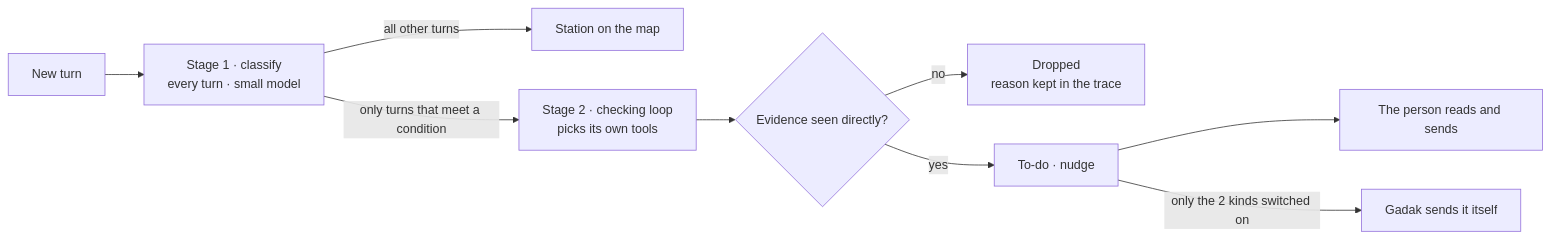
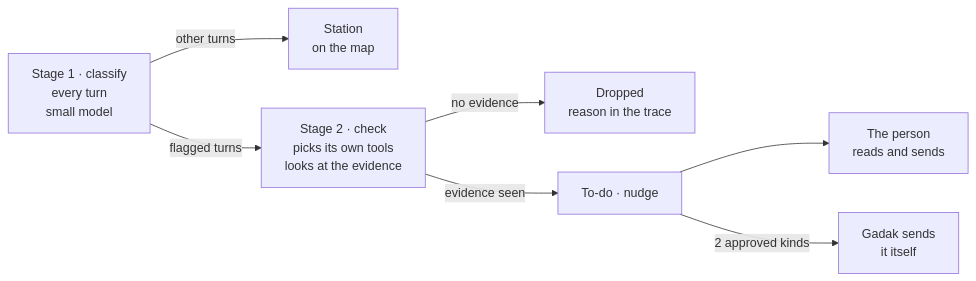
Before and after one commit to Hanhws/AI-agent: the first of 2 diagrams in README.en.md, drawn with Mermaid. The commit also changed other lines of this file and 4 other files, not shown here.

First line of the commit message:
docs: 소개 글을 GitHub 화면에 맞춤 — 흐름도 둘을 mermaid로 · 물결표가 취소선으로 보이던 곳 (영어판) (#25)

````diff
--- a/README.en.md
+++ b/README.en.md
@@ -87,11 +87,10 @@
 ```mermaid
 flowchart LR
-  T["New turn"] --> C["Stage 1 · classify<br>every turn · small model"]
-  C -->|"all other turns"| M["Station on the map"]
-  C -->|"only turns that meet a condition"| L["Stage 2 · checking loop<br>picks its own tools"]
-  L --> E{"Evidence seen directly?"}
-  E -->|"no"| D["Dropped<br>reason kept in the trace"]
-  E -->|"yes"| N["To-do · nudge"]
-  N --> H["The person reads and sends"]
-  N -->|"only the 2 kinds switched on"| A["Gadak sends it itself"]
+  C["Stage 1 · classify<br>every turn<br>small model"]
+  C -->|"other turns"| M["Station<br>on the map"]
+  C -->|"flagged turns"| L["Stage 2 · check<br>picks its own tools<br>looks at the evidence"]
+  L -->|"no evidence"| D["Dropped<br>reason in the trace"]
+  L -->|"evidence seen"| N["To-do · nudge"]
+  N --> H["The person<br>reads and sends"]
+  N -->|"2 approved kinds"| A["Gadak sends<br>it itself"]
 ```
````
